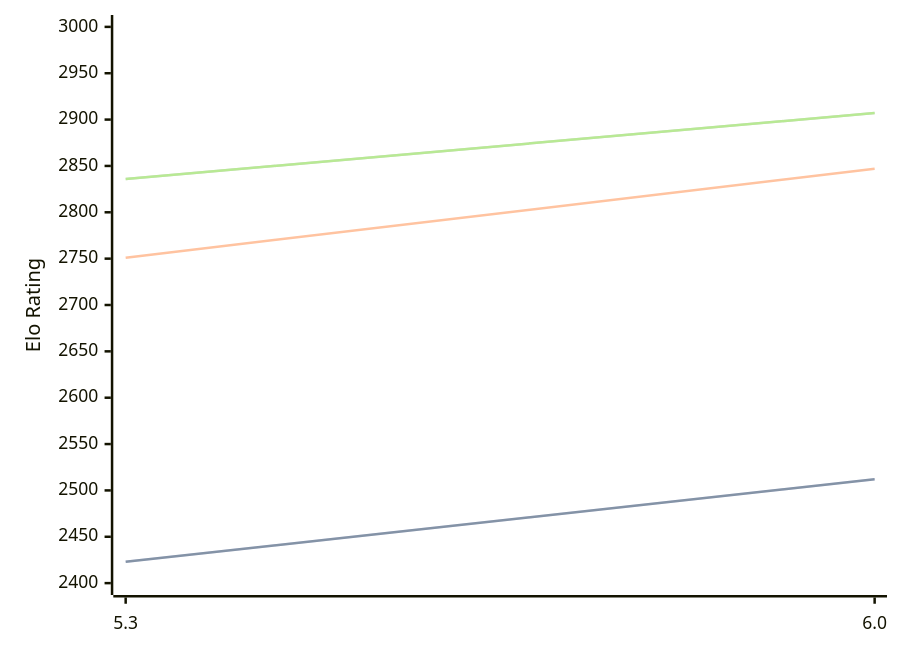
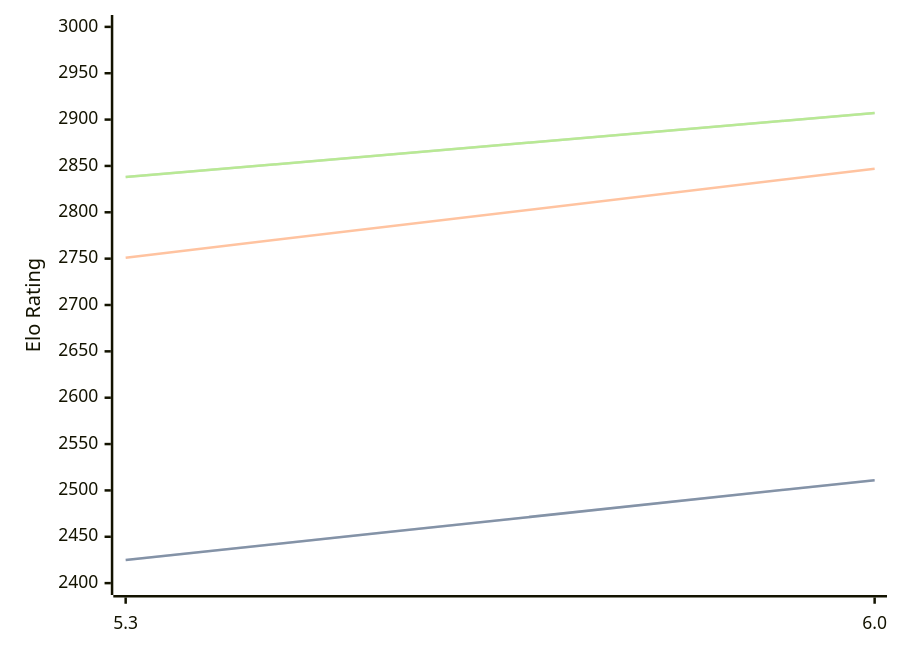
The diagram in engines/tomitankChess.md (computer-chess-index/cci), drawn with Mermaid before and after one commit. The commit also changed other lines of this file, not shown here.

Commit message:
Update CCI Ratings (ELO VLTC) - 2026-04-12

````diff
--- a/engines/tomitankChess.md
+++ b/engines/tomitankChess.md
@@ -40,11 +40,11 @@
 ```mermaid
 %%{init: {"theme":"base","themeVariables":{"seriesColors:['#a3a3a3','#222221','#faa371']}}}%%
 xychart-beta
   x-axis ["5.3", "6.0"]
   y-axis "Elo Rating" 2400 --> 3000
-  line "STC (8.0+0.08s)" [2423, 2512]
-  line "STC (8.0+0.08s)" [2423, 2512]
+  line "STC (8.0+0.08s)" [2425, 2511]
+  line "STC (8.0+0.08s)" [2425, 2511]
   line "LTC (60.0+0.60s)" [2751, 2847]
-  line "VLTC (2m24s+1.12s)" [2836, 2907]
-  line "VLTC (2m24s+1.12s)" [2836, 2907]
+  line "VLTC (2m24s+1.12s)" [2838, 2907]
+  line "VLTC (2m24s+1.12s)" [2838, 2907]
 ```
````
